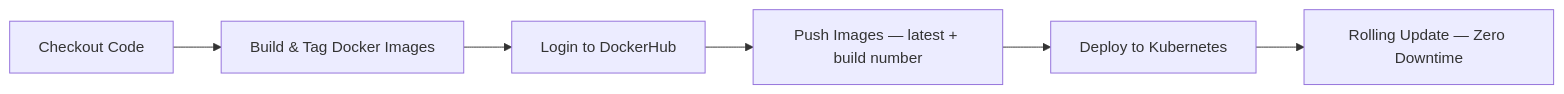
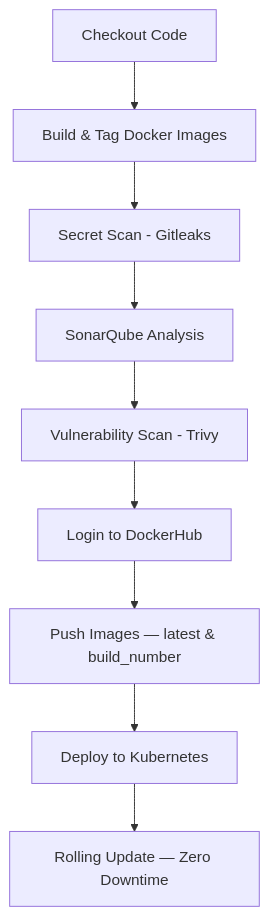
Before and after one commit to Shresth2725/NexCart: the second of 2 diagrams in README.md, drawn with Mermaid. The commit also changed other lines of this file, not shown here.

Commit message:
docs: update Jenkins pipeline documentation to include DevSecOps stages and visual flow improvements

````diff
--- a/README.md
+++ b/README.md
@@ -195,8 +195,11 @@
 ```mermaid
-graph LR
+graph TD
     A[Checkout Code] --> B[Build & Tag Docker Images]
-    B --> C[Login to DockerHub]
-    C --> D[Push Images — latest + build number]
-    D --> E[Deploy to Kubernetes]
-    E --> F[Rolling Update — Zero Downtime]
+    B --> C[Secret Scan - Gitleaks]
+    C --> D[SonarQube Analysis]
+    D --> E[Vulnerability Scan - Trivy]
+    E --> F[Login to DockerHub]
+    F --> G[Push Images — latest & build_number]
+    G --> H[Deploy to Kubernetes]
+    H --> I[Rolling Update — Zero Downtime]
 ```
````
